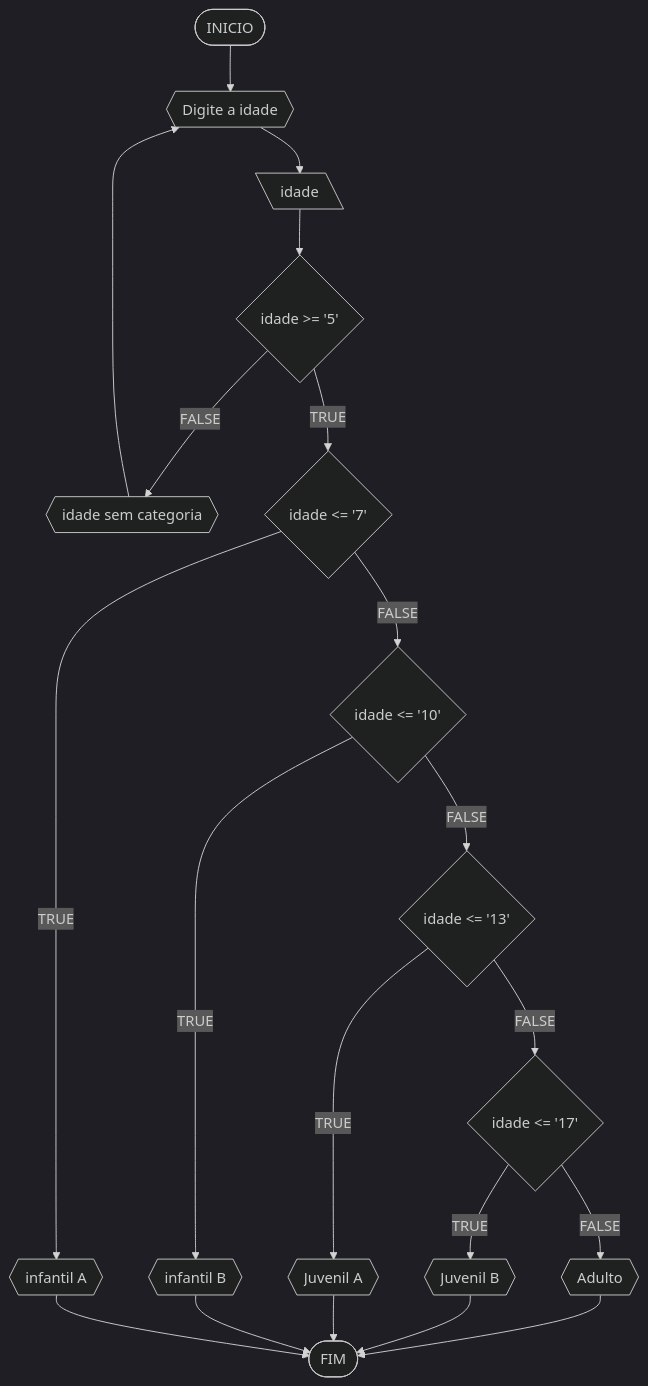
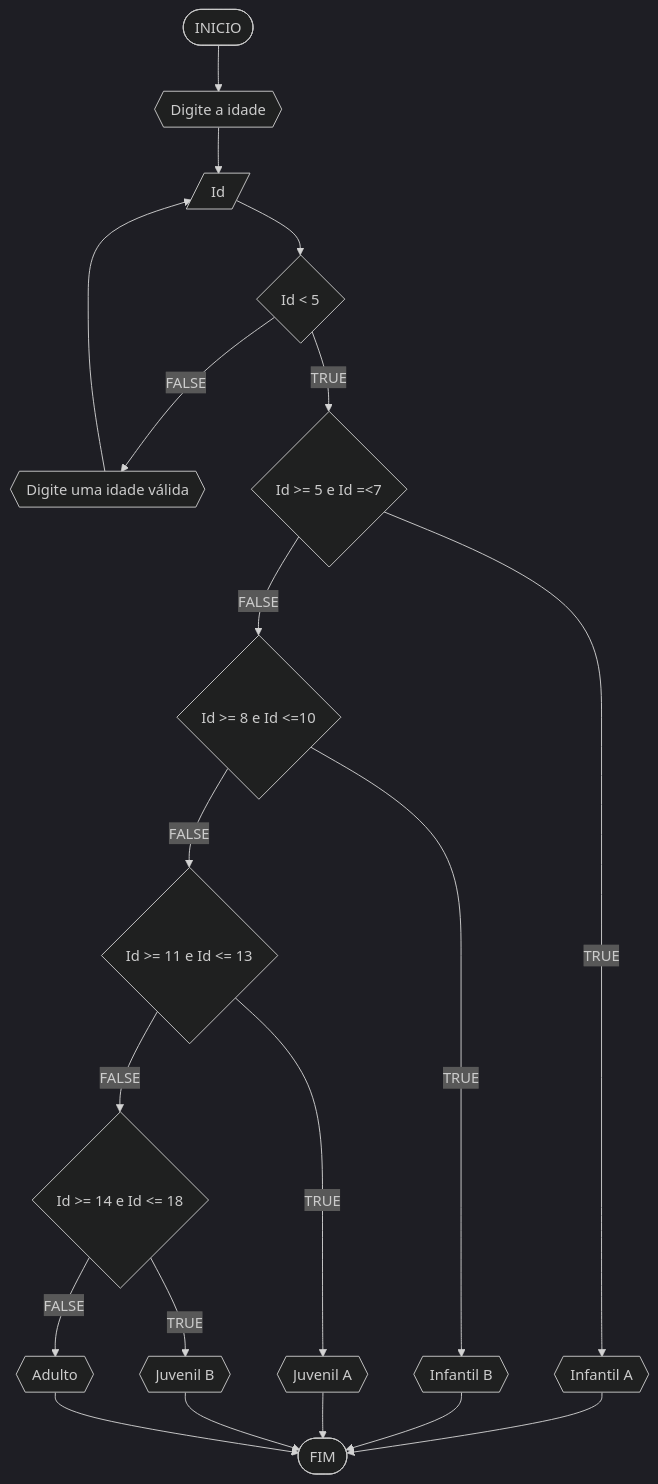
Before and after one commit to Pedroperboyre/unifor: the fifth of 5 diagrams in RLA/Atividades 2.md, drawn with Mermaid (dark theme). The commit also changed other lines of this file, not shown here.

````diff
--- a/RLA/Atividades 2.md
+++ b/RLA/Atividades 2.md
@@ -133,22 +241,22 @@
-```mermaid 
+```mermaid
 flowchart TD
 A([INICIO]) --> B{{Digite a idade}}
-B --> C[\idade\]
-C --> D{idade >= '5'}
-D --FALSE--> E{{idade sem categoria}}
-D --TRUE--> F{idade <= '7'}
-E--> B
-F --TRUE--> G{{infantil A}}
-F --FALSE--> H{idade <= '10'}
-H --TRUE--> I{{infantil B}}
-H --FALSE--> J{idade <= '13'}
-J --TRUE--> K{{Juvenil A}}
-J --FALSE--> L{idade <= '17'}
-L --TRUE--> M{{Juvenil B}}
-L --FALSE--> N{{Adulto}}
-N --> O([FIM])
-M --> O
-K --> O
-I --> O
-G --> O
+B --> C[/Id/]
+C --> D{Id < 5}
+D --FALSE--> E{{Digite uma idade válida}}
+E --> C
+D --TRUE--> F{Id >= 5 e Id =<7}
+F --FALSE--> G{Id >= 8 e Id <=10}
+G --FALSE--> H{Id >= 11 e Id <= 13}
+H --FALSE--> I{Id >= 14 e Id <= 18}
+F --TRUE--> J{{Infantil A}}
+G --TRUE--> K{{Infantil B}}
+H --TRUE--> L{{Juvenil A}}
+I --TRUE--> M{{Juvenil B}}
+I --FALSE--> N{{Adulto}}
+J --> Z([FIM])
+K --> Z
+L --> Z
+M --> Z
+N --> Z
 ```
````
